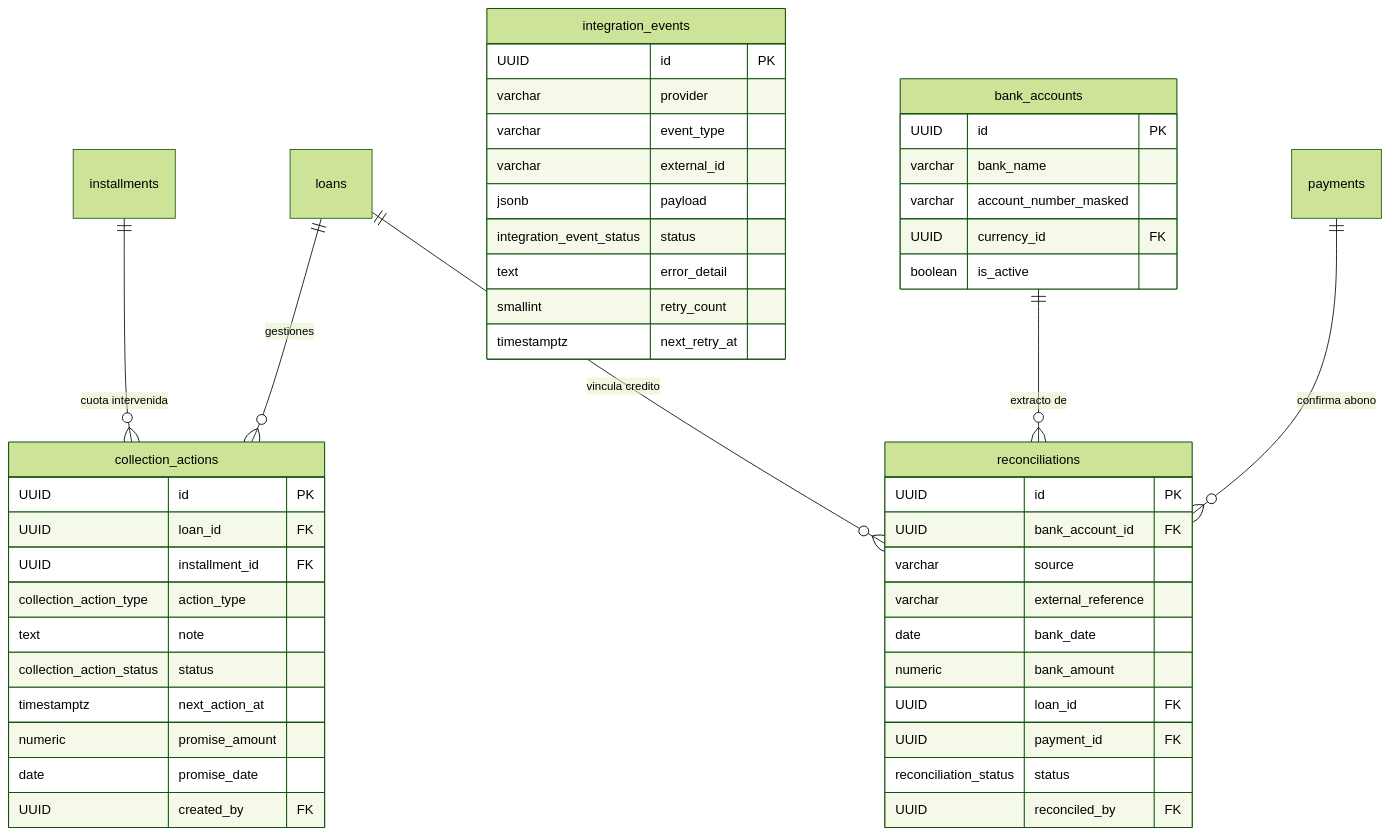
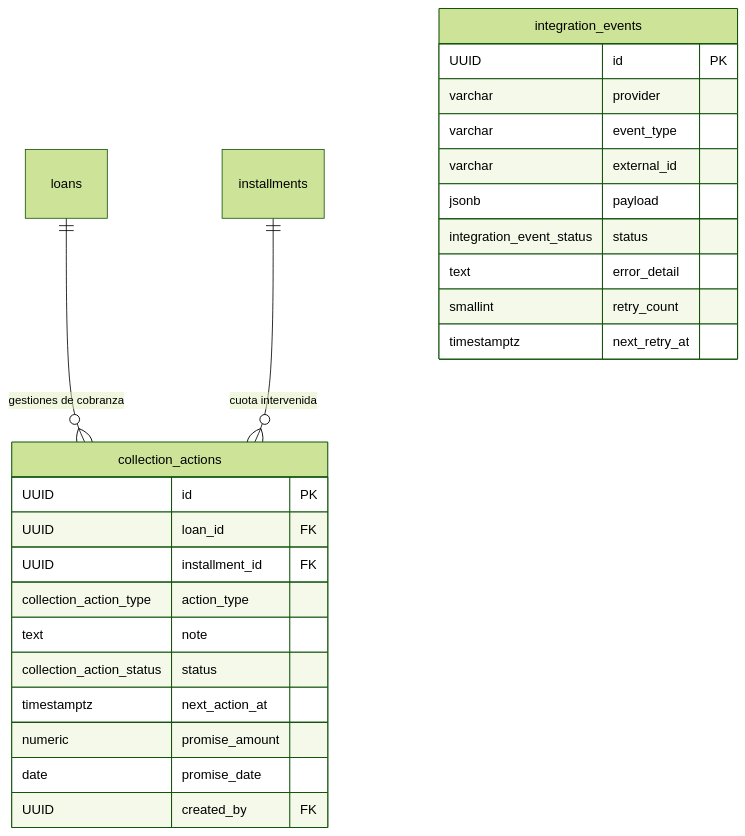
The seventh of 7 diagrams in database/docs/diagrama-entidad-relacion.md (YonatanLLa/-loan_system), drawn with Mermaid (forest theme) before and after one commit. The commit also changed other lines of this file and 38 other files, not shown here.

````diff
--- a/database/docs/diagrama-entidad-relacion.md
+++ b/database/docs/diagrama-entidad-relacion.md
@@ -393,55 +400,30 @@
 ```mermaid
 erDiagram
-    loans ||--o{ collection_actions : "gestiones"
+    loans ||--o{ collection_actions : "gestiones de cobranza"
     installments ||--o{ collection_actions : "cuota intervenida"
 
     collection_actions {
         UUID id PK
         UUID loan_id FK
         UUID installment_id FK
         collection_action_type action_type
         text note
         collection_action_status status
         timestamptz next_action_at
         numeric promise_amount
         date promise_date
         UUID created_by FK
     }
 
     integration_events {
         UUID id PK
         varchar provider
         varchar event_type
         varchar external_id
         jsonb payload
         integration_event_status status
         text error_detail
         smallint retry_count
         timestamptz next_retry_at
     }
-
-    bank_accounts {
-        UUID id PK
-        varchar bank_name
-        varchar account_number_masked
-        UUID currency_id FK
-        boolean is_active
-    }
-
-    reconciliations {
-        UUID id PK
-        UUID bank_account_id FK
-        varchar source
-        varchar external_reference
-        date bank_date
-        numeric bank_amount
-        UUID loan_id FK
-        UUID payment_id FK
-        reconciliation_status status
-        UUID reconciled_by FK
-    }
-
-    bank_accounts ||--o{ reconciliations : "extracto de"
-    loans ||--o{ reconciliations : "vincula credito"
-    payments ||--o{ reconciliations : "confirma abono"
 ```
````
